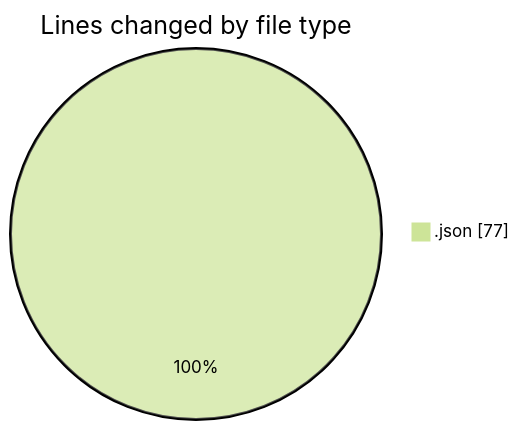
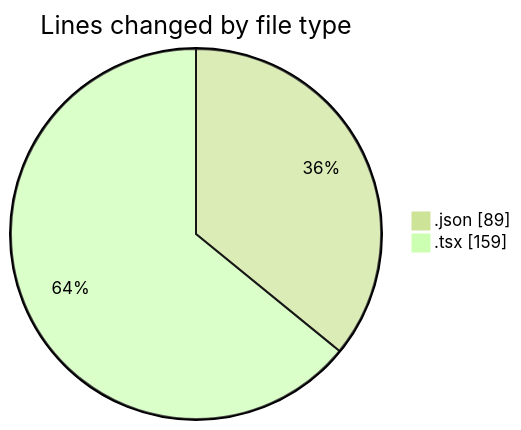
The first of 2 diagrams in 2026-09-03/cda/README.md (momahboobian/code-tracking), drawn with Mermaid (forest theme) before and after one commit. The commit also changed other lines of this file and 1 other file, not shown here.

````diff
--- a/2026-09-03/cda/README.md
+++ b/2026-09-03/cda/README.md
@@ -20,5 +22,6 @@
 ```mermaid
 pie showData
 title Lines changed by file type
-".json" : 77
+".json" : 89
+".tsx" : 159
 ```
````
